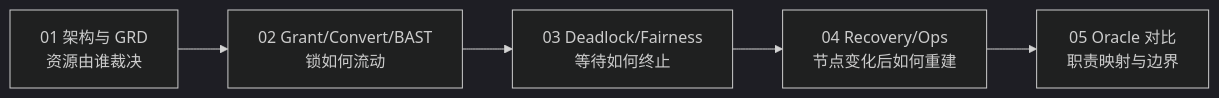
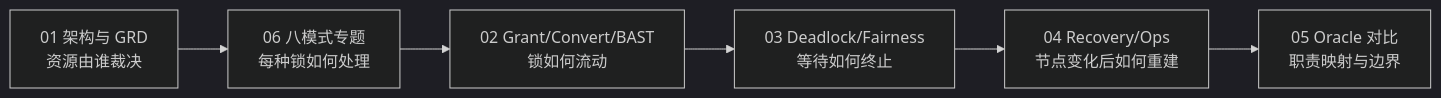
The first of 2 diagrams in docs/architecture/ges/README.md (sqlrush/linkdb), drawn with Mermaid (dark theme) before and after one commit. The commit also changed other lines of this file and 3 other files, not shown here.

````diff
--- a/docs/architecture/ges/README.md
+++ b/docs/architecture/ges/README.md
@@ -9,7 +9,8 @@
 ```mermaid
 flowchart LR
-    A[01 架构与 GRD<br/>资源由谁裁决] --> B[02 Grant/Convert/BAST<br/>锁如何流动]
+    A[01 架构与 GRD<br/>资源由谁裁决] --> M[06 八模式专题<br/>每种锁如何处理]
+    M --> B[02 Grant/Convert/BAST<br/>锁如何流动]
     B --> C[03 Deadlock/Fairness<br/>等待如何终止]
     C --> D[04 Recovery/Ops<br/>节点变化后如何重建]
     D --> E[05 Oracle 对比<br/>职责映射与边界]
 ```
````
